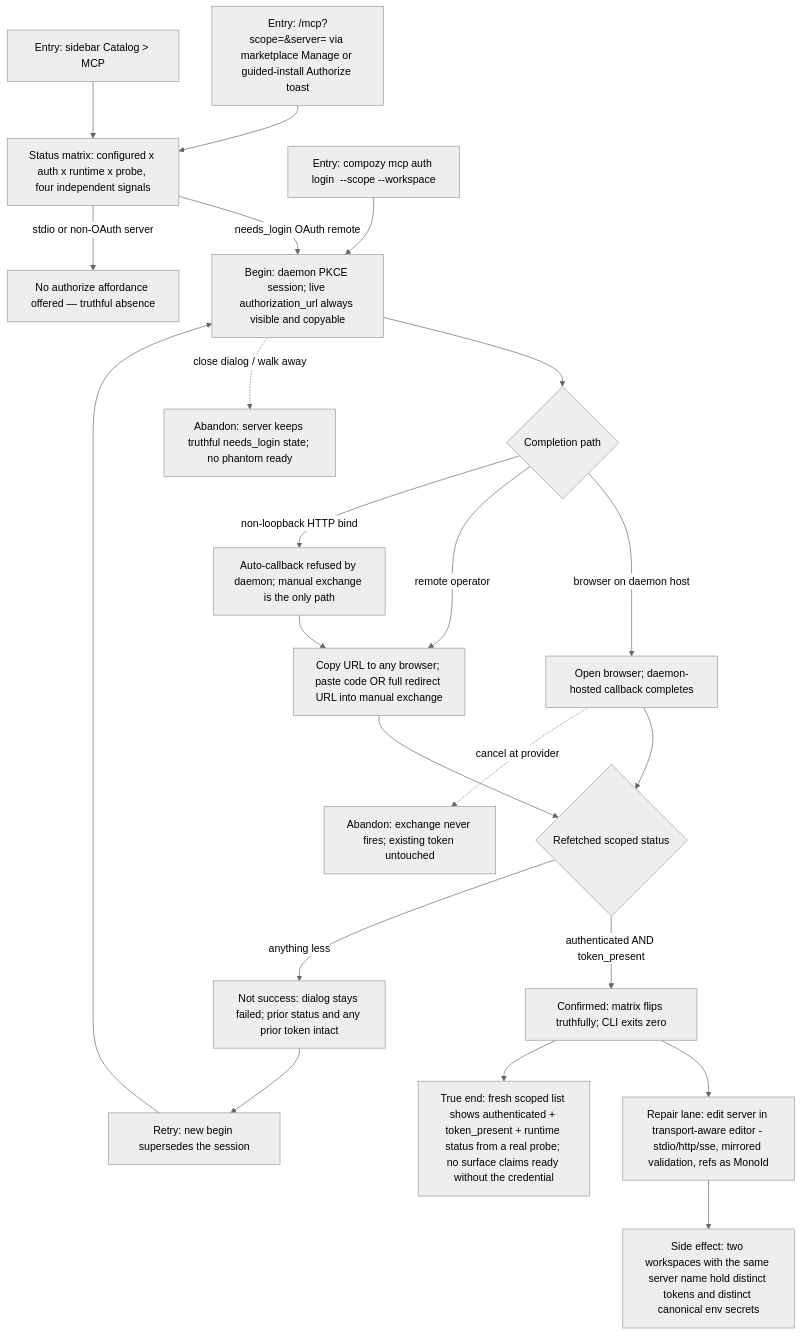
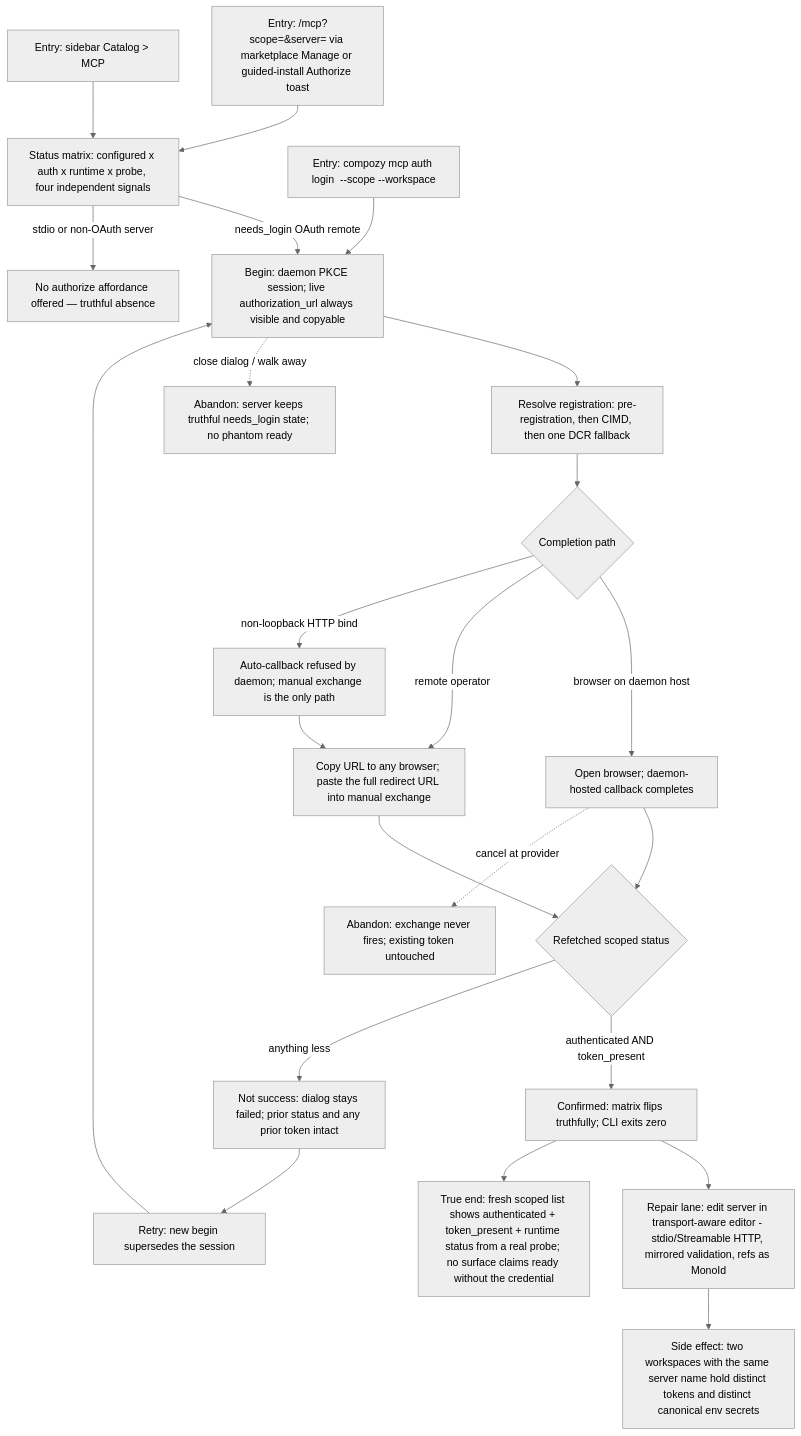
One commit to compozy/compozy changed the diagram in docs/qa/journeys/J-mcp-authorize-repair.md. Above: the diagram before and after it, drawn with Mermaid (neutral theme). The commit also changed other lines of this file and 270 other files, not shown here.

````diff
--- a/docs/qa/journeys/J-mcp-authorize-repair.md
+++ b/docs/qa/journeys/J-mcp-authorize-repair.md
@@ -5,24 +5,25 @@
 ```mermaid
 flowchart TD
   A[Entry: /mcp?scope=&server= via marketplace Manage or guided-install Authorize toast] --> B[Status matrix: configured x auth x runtime x probe, four independent signals]
   A2[Entry: compozy mcp auth login <name> --scope --workspace] --> C
   A3[Entry: sidebar Catalog > MCP] --> B
   B -->|needs_login OAuth remote| C[Begin: daemon PKCE session; live authorization_url always visible and copyable]
   B -->|stdio or non-OAuth server| B2[No authorize affordance offered — truthful absence]
-  C --> D{Completion path}
+  C --> R[Resolve registration: pre-registration, then CIMD, then one DCR fallback]
+  R --> D{Completion path}
   D -->|browser on daemon host| E[Open browser; daemon-hosted callback completes]
-  D -->|remote operator| F[Copy URL to any browser; paste code OR full redirect URL into manual exchange]
+  D -->|remote operator| F[Copy URL to any browser; paste the full redirect URL into manual exchange]
   D -->|non-loopback HTTP bind| F2[Auto-callback refused by daemon; manual exchange is the only path]
   F2 --> F
   E --> G{Refetched scoped status}
   F --> G
   G -->|authenticated AND token_present| H[Confirmed: matrix flips truthfully; CLI exits zero]
   G -->|anything less| I[Not success: dialog stays failed; prior status and any prior token intact]
   I --> C2[Retry: new begin supersedes the session]
   C2 --> C
   C -.->|close dialog / walk away| X1[Abandon: server keeps truthful needs_login state; no phantom ready]
   E -.->|cancel at provider| X2[Abandon: exchange never fires; existing token untouched]
-  H --> J[Repair lane: edit server in transport-aware editor - stdio/http/sse, mirrored validation, refs as MonoId]
+  H --> J[Repair lane: edit server in transport-aware editor - stdio/Streamable HTTP, mirrored validation, refs as MonoId]
   J --> K[Side effect: two workspaces with the same server name hold distinct tokens and distinct canonical env secrets]
   H --> L[True end: fresh scoped list shows authenticated + token_present + runtime status from a real probe; no surface claims ready without the credential]
 ```
````
